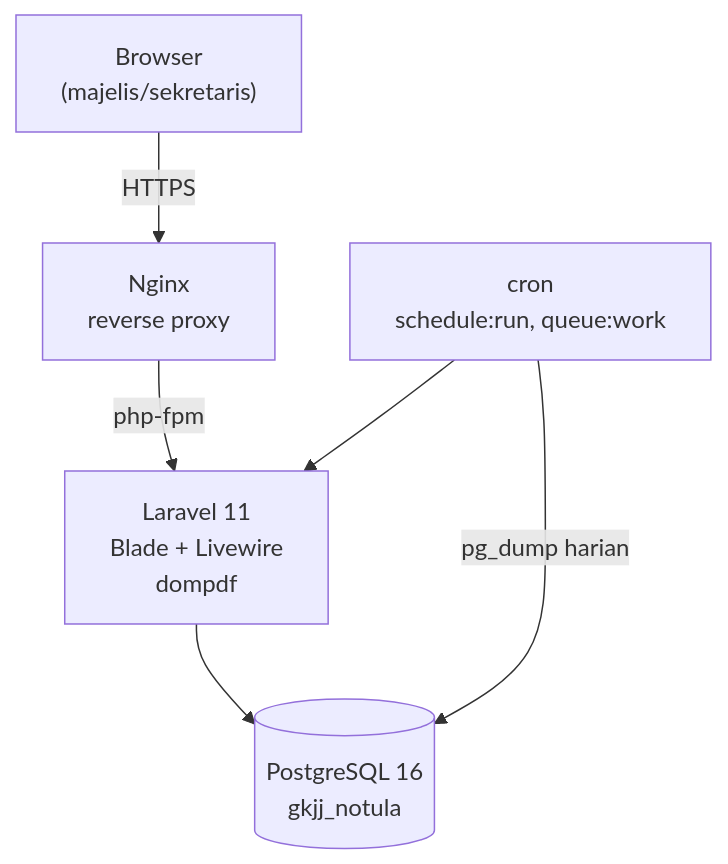
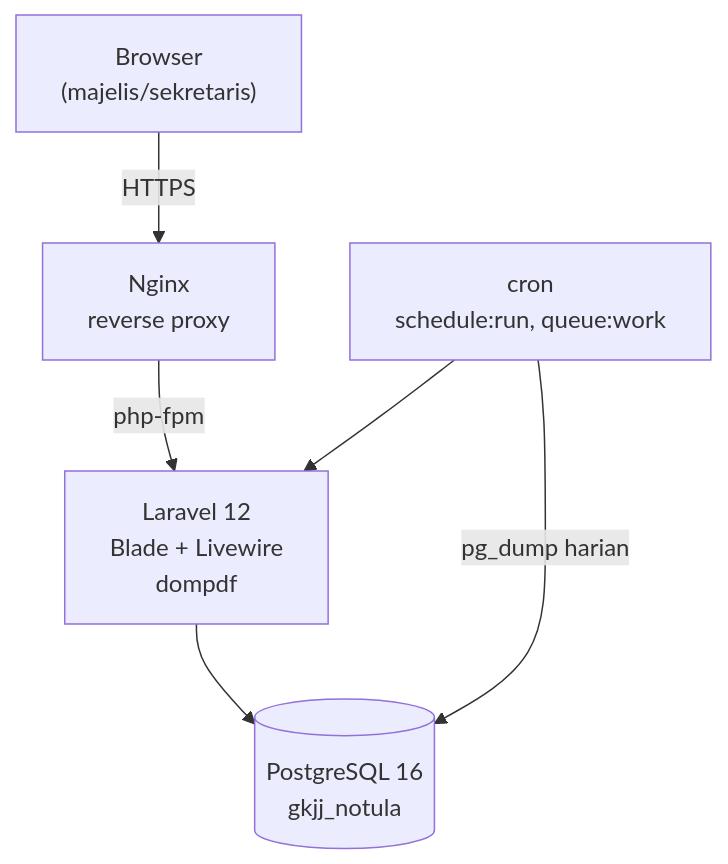
One commit to pwdaloe/aplikasi-notula-rapat-gkj-jakarta changed the diagram in .claude/commands/docs.md. Above: the diagram before and after it, drawn with Mermaid. The commit also changed other lines of this file and 1 other file, not shown here.

First line of the commit message:
docs — README.md ditulis ulang (bukan boilerplate Laravel default), perbaiki referensi Laravel 11->12 di skill docs.md

````diff
--- a/.claude/commands/docs.md
+++ b/.claude/commands/docs.md
@@ -120,14 +120,14 @@
 ```mermaid
 graph TD
     Client["Browser\n(majelis/sekretaris)"]
     Nginx["Nginx\nreverse proxy"]
-    App["Laravel 11\nBlade + Livewire\ndompdf"]
+    App["Laravel 12\nBlade + Livewire\ndompdf"]
     DB[(PostgreSQL 16\ngkjj_notula)]
     Cron["cron\nschedule:run, queue:work"]
 
     Client -->|HTTPS| Nginx
     Nginx -->|php-fpm| App
     App --> DB
     Cron --> App
     Cron -->|pg_dump harian| DB
 ```
````
